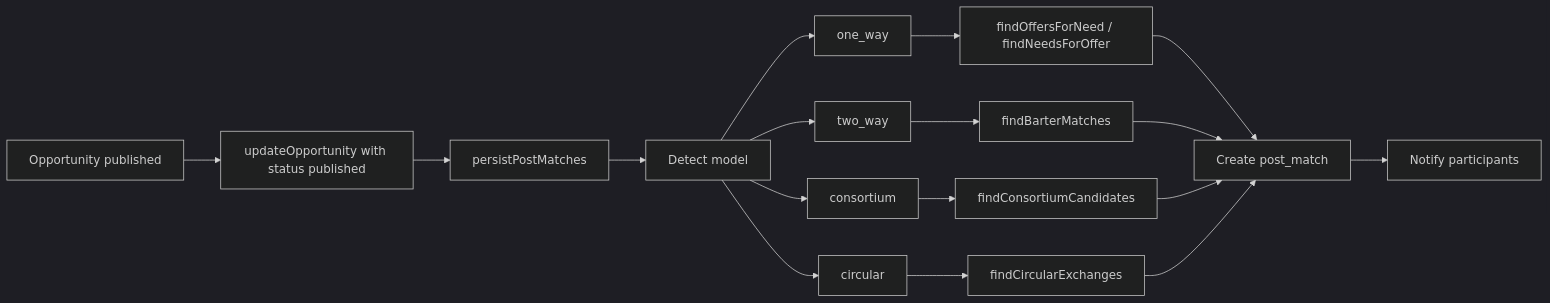
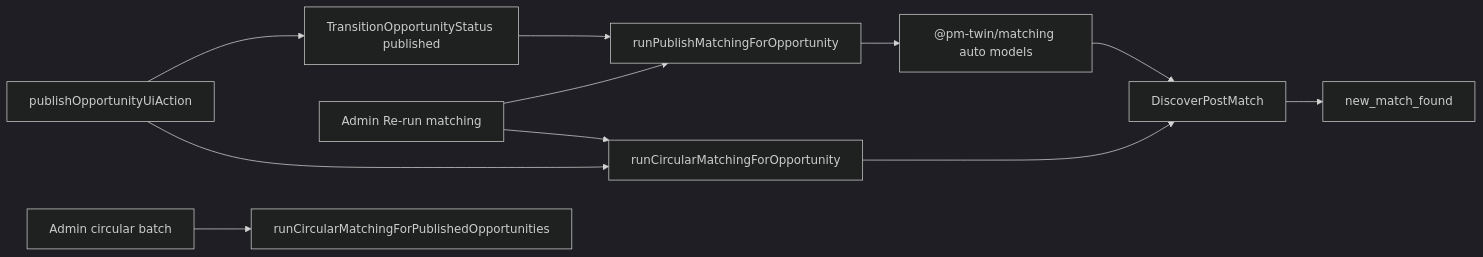
Before and after one commit to Mabdelmofdy/PMtwin1: the diagram in docs/workflow/matching-workflow.md, drawn with Mermaid (dark theme). The commit also changed other lines of this file and 24 other files, not shown here.

First line of the commit message:
feat: enhance opportunity and matching workflows with lifecycle synchronization

````diff
--- a/docs/workflow/matching-workflow.md
+++ b/docs/workflow/matching-workflow.md
@@ -37,19 +17,13 @@
 ```mermaid
 flowchart LR
-  Publish[Opportunity published] --> Trigger[updateOpportunity with status published]
-  Trigger --> Persist[persistPostMatches]
-  Persist --> Detect[Detect model]
-  Detect --> One[one_way]
-  Detect --> Two[two_way]
-  Detect --> Cons[consortium]
-  Detect --> Circ[circular]
-  One --> Find[findOffersForNeed / findNeedsForOffer]
-  Two --> Barter[findBarterMatches]
-  Cons --> Consortium[findConsortiumCandidates]
-  Circ --> Circular[findCircularExchanges]
-  Find --> Create[Create post_match]
-  Barter --> Create
-  Consortium --> Create
-  Circular --> Create
-  Create --> Notify[Notify participants]
+  PublishUI[publishOpportunityUiAction] --> Transition[TransitionOpportunityStatus published]
+  Transition --> Auto[runPublishMatchingForOpportunity]
+  Auto --> Engine["@pm-twin/matching auto models"]
+  Engine --> Discover[DiscoverPostMatch]
+  Discover --> Notify[new_match_found]
+  PublishUI --> Circular[runCircularMatchingForOpportunity]
+  Circular --> Discover
+  AdminRerun[Admin Re-run matching] --> Auto
+  AdminRerun --> Circular
+  AdminBatch[Admin circular batch] --> BatchCircular[runCircularMatchingForPublishedOpportunities]
 ```
````
